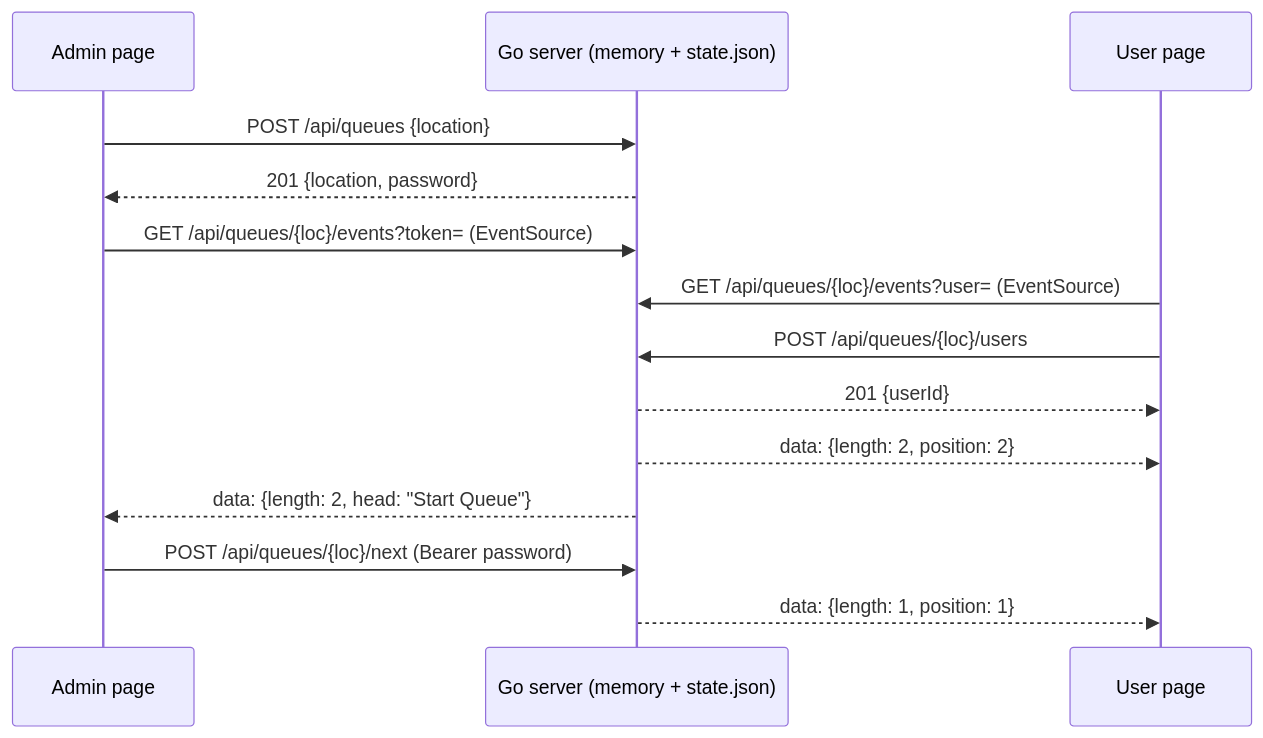
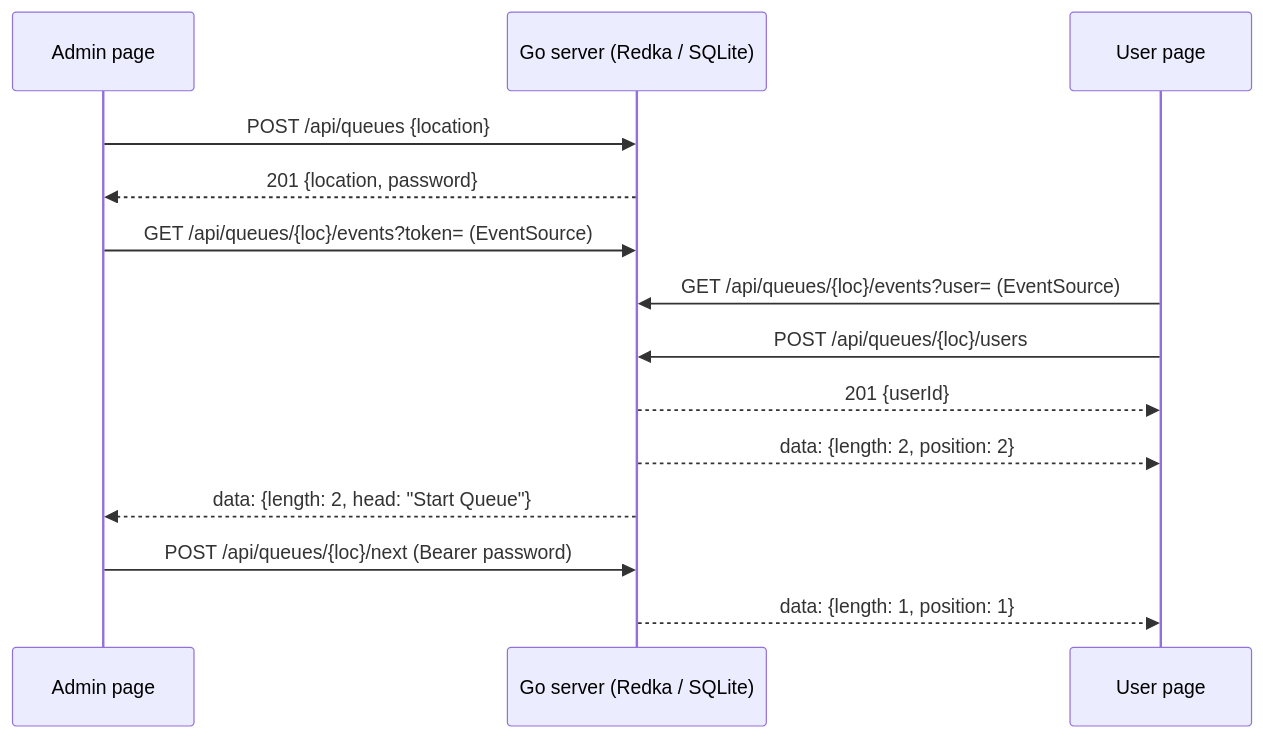
Before and after one commit to barakplasma/in-person-queue: the diagram in README.md, drawn with Mermaid. The commit also changed other lines of this file and 17 other files, not shown here.

First line of the commit message:
Store queues in Redka (Redis data types on SQLite) instead of a JSON snapshot

````diff
--- a/README.md
+++ b/README.md
@@ -135,16 +135,16 @@
 ```mermaid
 sequenceDiagram
   participant A as Admin page
-  participant S as Go server (memory + state.json)
+  participant S as Go server (Redka / SQLite)
   participant U as User page
   A->>S: POST /api/queues {location}
   S-->>A: 201 {location, password}
   A->>S: GET /api/queues/{loc}/events?token= (EventSource)
   U->>S: GET /api/queues/{loc}/events?user= (EventSource)
   U->>S: POST /api/queues/{loc}/users
   S-->>U: 201 {userId}
   S-->>U: data: {length: 2, position: 2}
   S-->>A: data: {length: 2, head: "Start Queue"}
   A->>S: POST /api/queues/{loc}/next (Bearer password)
   S-->>U: data: {length: 1, position: 1}
 ```
````
